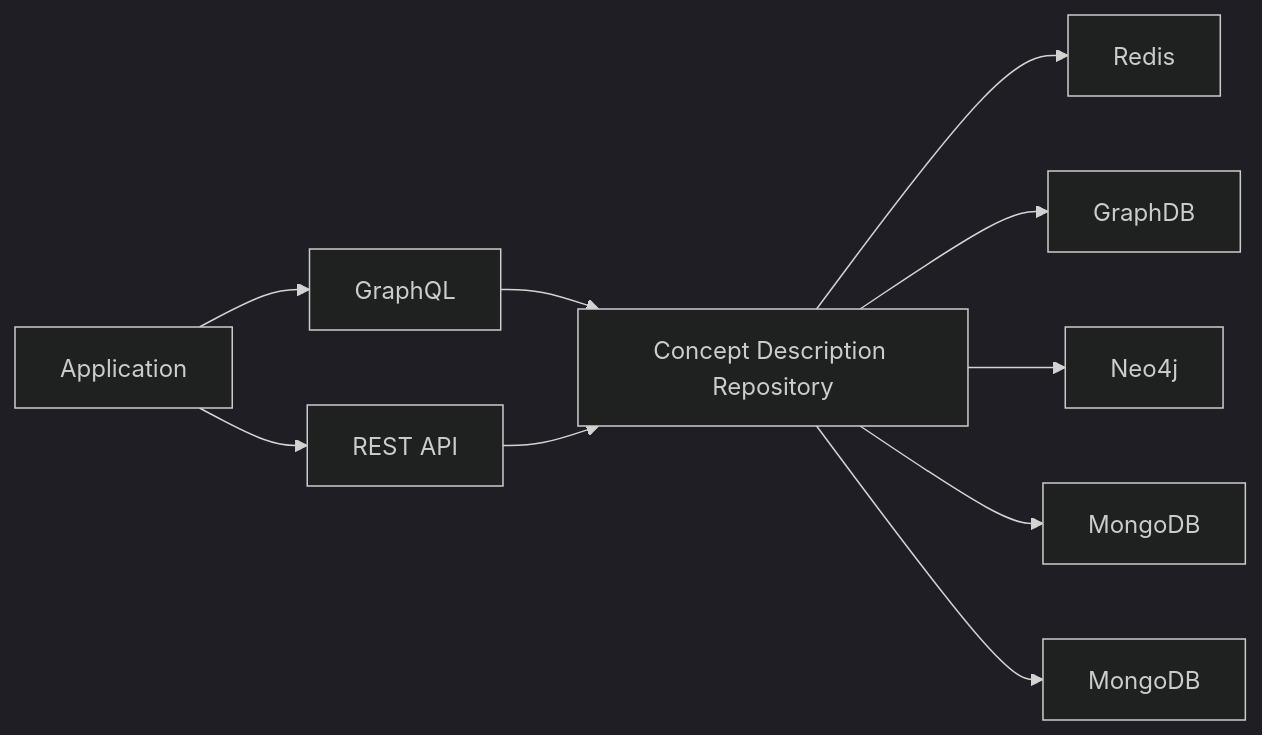
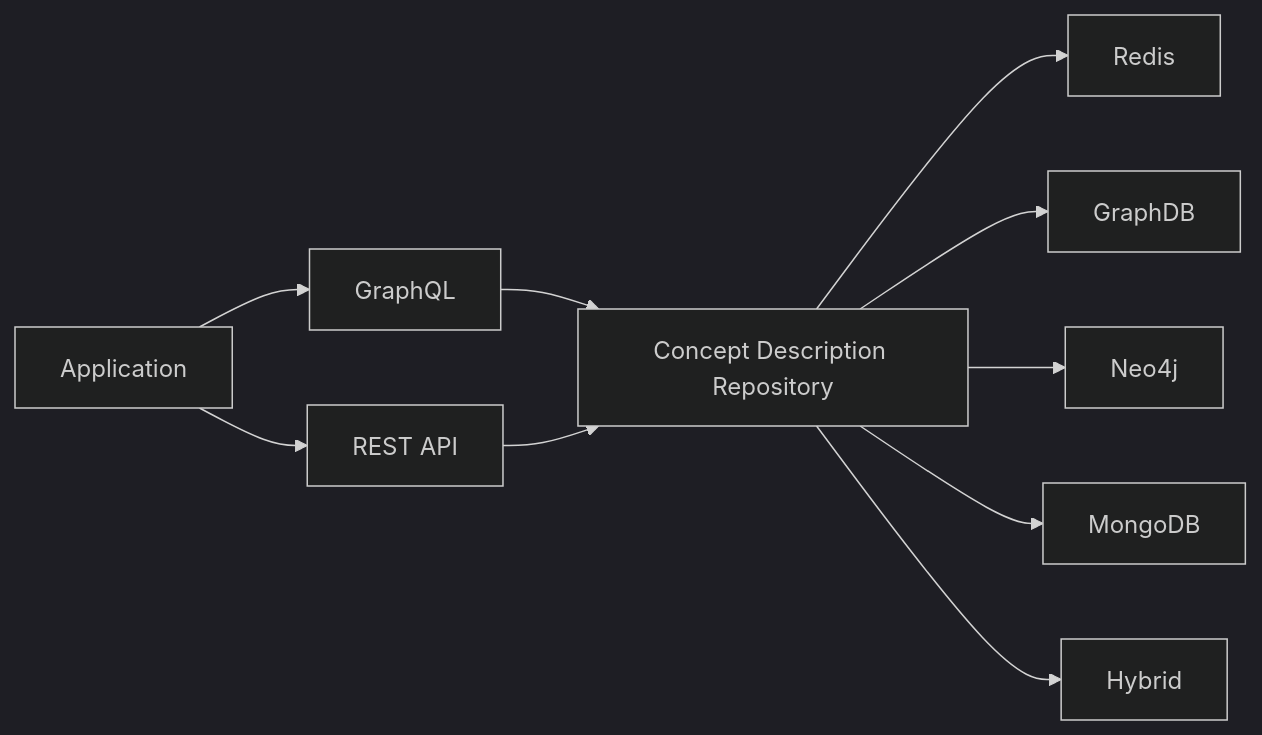
Before and after one commit to mhrimaz/aasbrain-concept-description-repo: the diagram in README.md, drawn with Mermaid (dark theme). The commit also changed other lines of this file, not shown here.

````diff
--- a/README.md
+++ b/README.md
@@ -50,12 +59,12 @@
 ```mermaid
 flowchart LR
   Application --> GraphQL[GraphQL]
   Application --> REST[REST API]
   GraphQL --> Repo[Concept Description Repository]
   REST --> Repo[Concept Description Repository]
   Repo --> DB1[Redis]
   Repo --> DB2[GraphDB]
   Repo --> DB3[Neo4j]
   Repo --> DB4[MongoDB]
-  Repo --> DB5[MongoDB]
+  Repo --> DB5[Hybrid]
 ```
````
